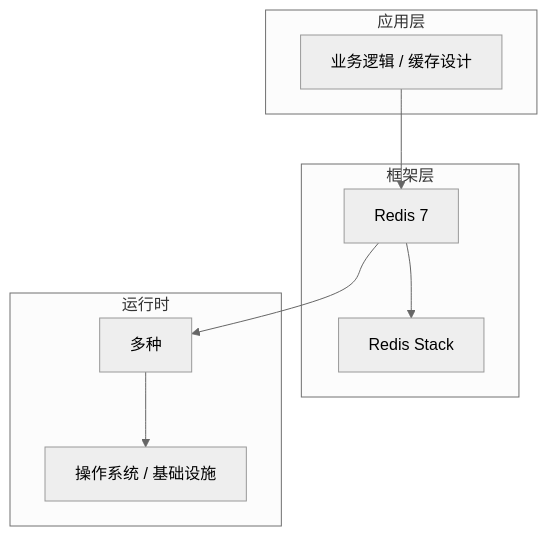
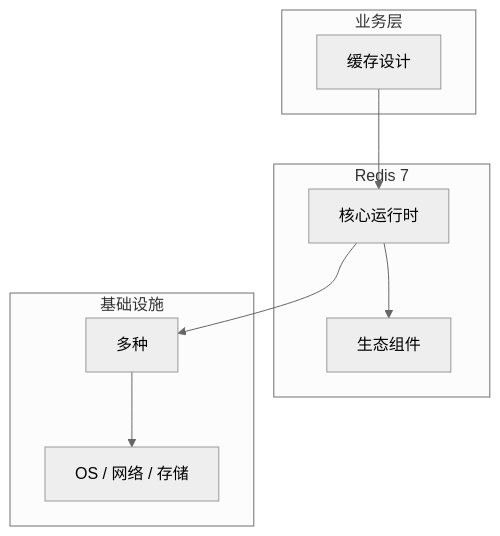
One commit to yanggan2015/knowledge-json-v2 changed the diagram in articles/Redis/chapters/091-缓存设计核心概念与原理.md. Above: the diagram before and after it, drawn with Mermaid (neutral theme). The commit also changed other lines of this file and 10127 other files, not shown here.

````diff
--- a/articles/Redis/chapters/091-缓存设计核心概念与原理.md
+++ b/articles/Redis/chapters/091-缓存设计核心概念与原理.md
@@ -45,18 +34,18 @@
 ```mermaid
 graph TB
-    subgraph 应用层
-        A[业务逻辑 / 缓存设计]
+    subgraph 业务层
+        A[缓存设计]
     end
-    subgraph 框架层
-        B[Redis 7]
-        C[Redis Stack]
+    subgraph Redis 7
+        B[核心运行时]
+        C[生态组件]
     end
-    subgraph 运行时
+    subgraph 基础设施
         D[多种]
-        E[操作系统 / 基础设施]
+        E[OS / 网络 / 存储]
     end
     A --> B
     B --> C
     B --> D
     D --> E
 ```
````
